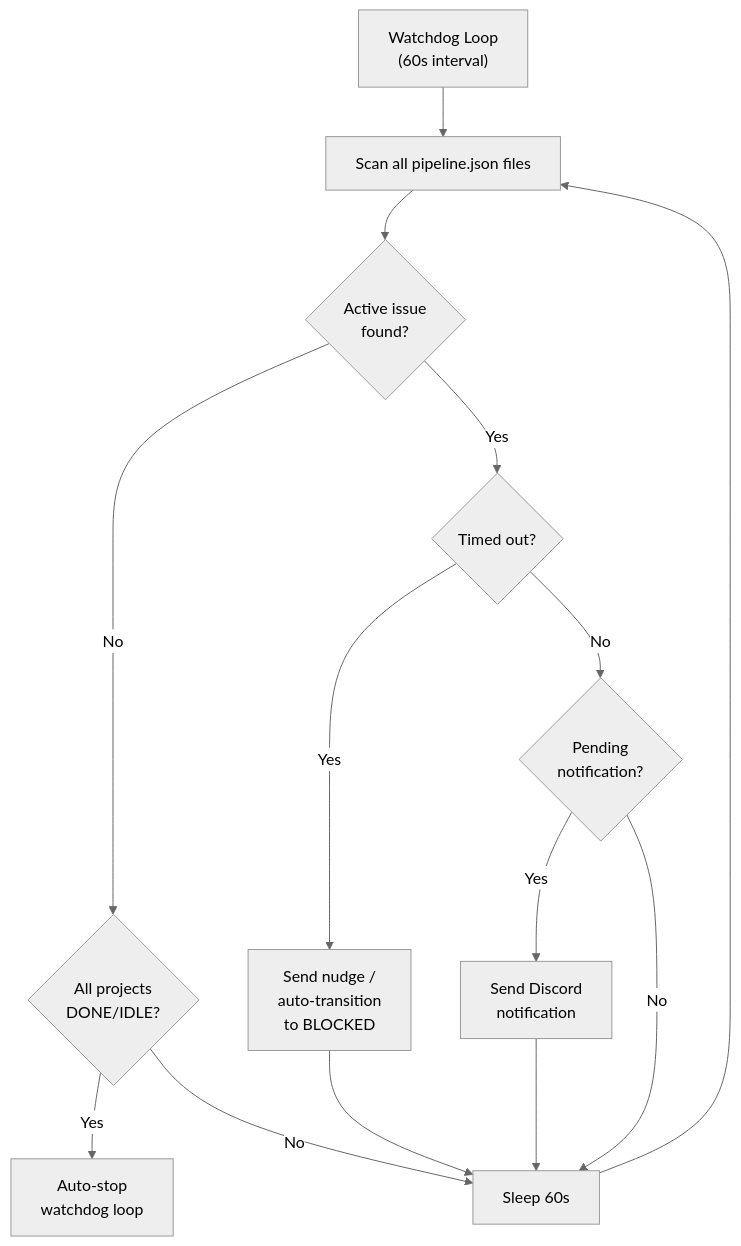
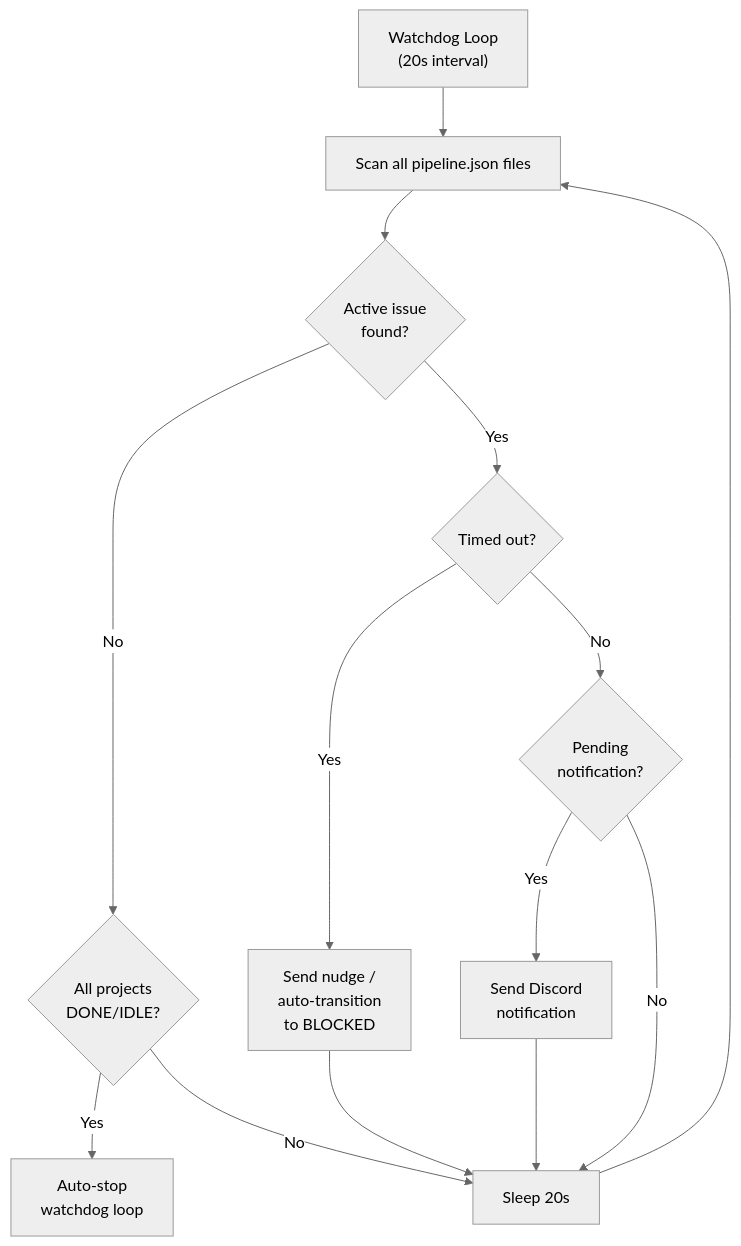
The fourth of 6 diagrams in docs/architecture.md (atakalive/gokrax), drawn with Mermaid (neutral theme) before and after one commit. The commit also changed other lines of this file, not shown here.

First line of the commit message:
docs: fix architecture.md inaccuracies + add spec mode section. Closes #159

````diff
--- a/docs/architecture.md
+++ b/docs/architecture.md
@@ -173,16 +173,16 @@
 ```mermaid
 graph TD
-    START["Watchdog Loop<br/>(60s interval)"] --> SCAN["Scan all pipeline.json files"]
+    START["Watchdog Loop<br/>(20s interval)"] --> SCAN["Scan all pipeline.json files"]
     SCAN --> CHECK{"Active issue<br/>found?"}
     CHECK -->|No| IDLE_CHECK{"All projects<br/>DONE/IDLE?"}
     IDLE_CHECK -->|Yes| STOP["Auto-stop<br/>watchdog loop"]
-    IDLE_CHECK -->|No| WAIT["Sleep 60s"]
+    IDLE_CHECK -->|No| WAIT["Sleep 20s"]
     CHECK -->|Yes| TIMEOUT{"Timed out?"}
     TIMEOUT -->|Yes| NUDGE["Send nudge /<br/>auto-transition<br/>to BLOCKED"]
     TIMEOUT -->|No| PENDING{"Pending<br/>notification?"}
     PENDING -->|Yes| NOTIFY["Send Discord<br/>notification"]
     PENDING -->|No| WAIT
     NUDGE --> WAIT
     NOTIFY --> WAIT
     WAIT --> SCAN
 ```
````
